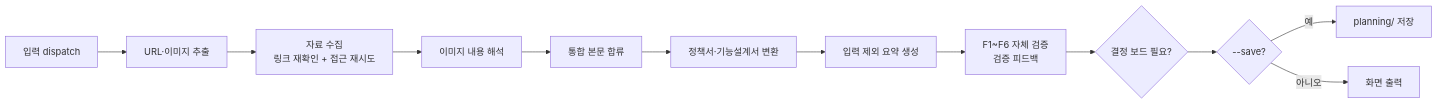
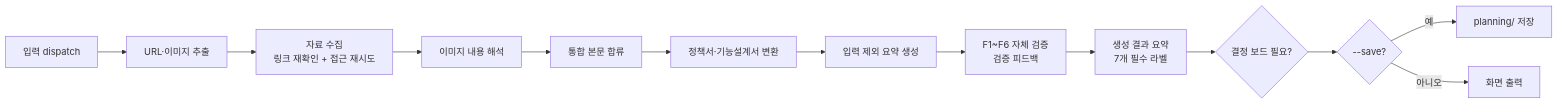
The second of 7 diagrams in planning-kit/docs/planning-kit-workflow-guide.md (inkwonjung-colosseum/plugins), drawn with Mermaid before and after one commit. The commit also changed other lines of this file and 19 other files, not shown here.

````diff
--- a/planning-kit/docs/planning-kit-workflow-guide.md
+++ b/planning-kit/docs/planning-kit-workflow-guide.md
@@ -57,14 +58,15 @@
 ```mermaid
 flowchart LR
   A["입력 dispatch"] --> B["URL·이미지 추출"]
   B --> C["자료 수집<br/>링크 재확인 + 접근 재시도"]
   C --> D["이미지 내용 해석"]
   D --> E["통합 본문 합류"]
   E --> F["정책서·기능설계서 변환"]
   F --> G["입력 제외 요약 생성"]
   G --> H["F1~F6 자체 검증<br/>검증 피드백"]
-  H --> DB{"결정 보드 필요?"}
+  H --> RS["생성 결과 요약<br/>7개 필수 라벨"]
+  RS --> DB{"결정 보드 필요?"}
   DB --> I{"--save?"}
   I -->|"예"| J["planning/ 저장"]
   I -->|"아니오"| K["화면 출력"]
 ```
````
